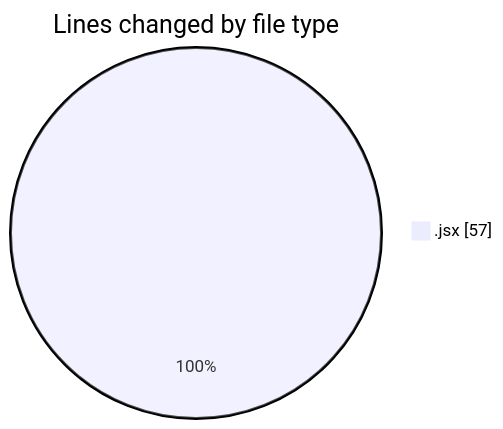
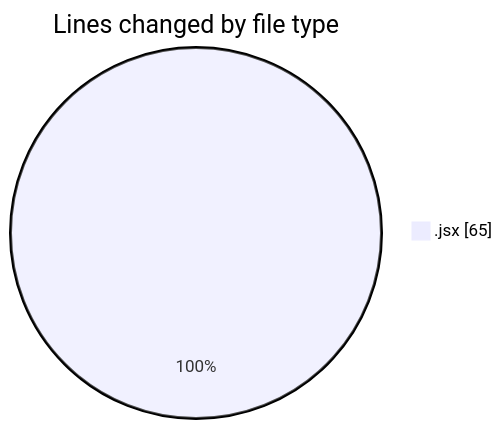
The first of 2 diagrams in 2025-06-17/nxtqube_webapp/README.md (nxtqubesakshisongat/code-tracking), drawn with Mermaid before and after one commit. The commit also changed other lines of this file and 1 other file, not shown here.

````diff
--- a/2025-06-17/nxtqube_webapp/README.md
+++ b/2025-06-17/nxtqube_webapp/README.md
@@ -20,5 +20,5 @@
 ```mermaid
 pie showData
 title Lines changed by file type
-".jsx" : 57
+".jsx" : 65
 ```
````
